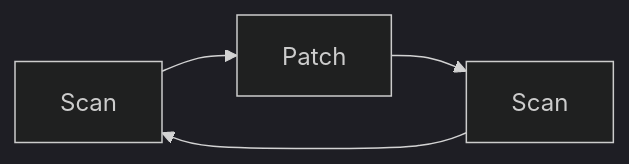
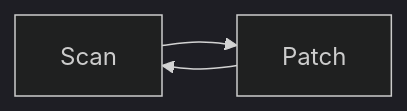
The second of 2 diagrams in Sec+/Chapter 22 - Vulnerability Management/Vulnerability Management.md (sawft99/Obsidian-SecPlus), drawn with Mermaid (dark theme) before and after one commit. The commit also changed other lines of this file and 9 other files, not shown here.

````diff
--- a/Sec+/Chapter 22 - Vulnerability Management/Vulnerability Management.md
+++ b/Sec+/Chapter 22 - Vulnerability Management/Vulnerability Management.md
@@ -73,4 +73,4 @@
 ```mermaid
 flowchart LR
-Scan1[Scan] --> Patch --> Scan2[Scan] --> Scan1
+Scan --> Patch --> Scan
 ```
````
